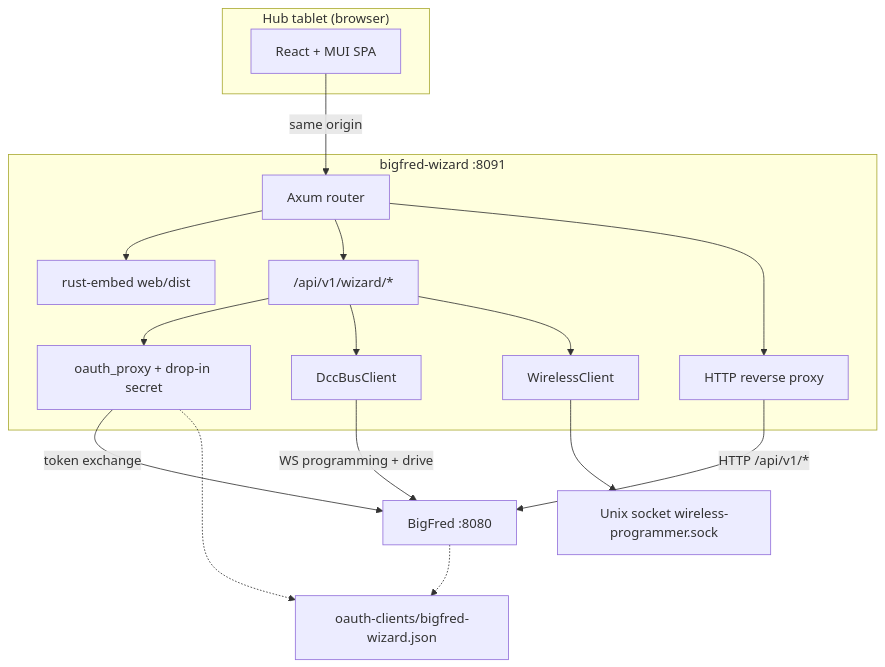
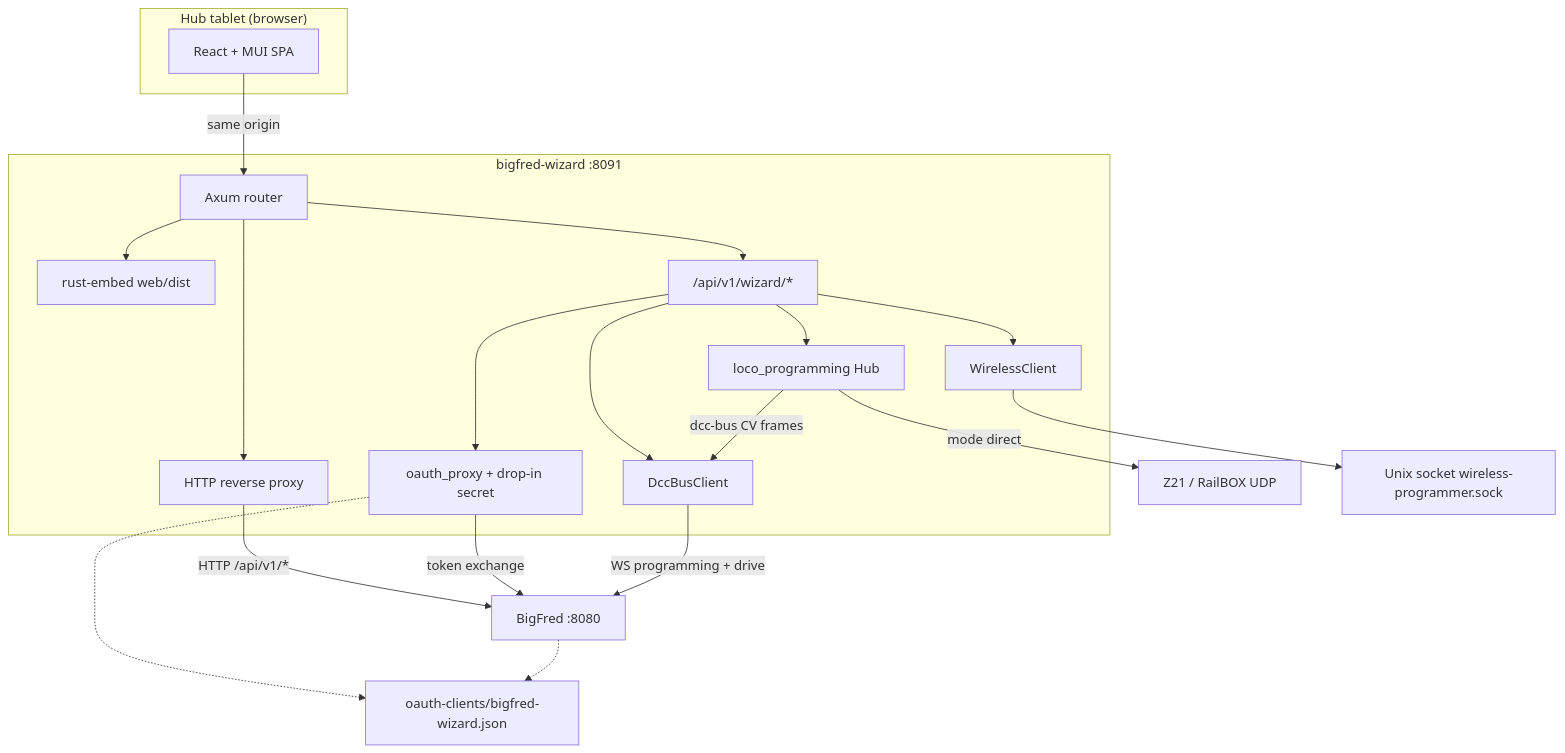
The first of 3 diagrams in ARCHITECTURE.md (dcc-bigfred/bigfred-wizard), drawn with Mermaid before and after one commit. The commit also changed other lines of this file and 7 other files, not shown here.

First line of the commit message:
refactor: unify loco CV programming behind LocoProgrammer trait

````diff
--- a/ARCHITECTURE.md
+++ b/ARCHITECTURE.md
@@ -63,31 +66,36 @@
 ```mermaid
 flowchart TB
     subgraph Tablet["Hub tablet (browser)"]
         SPA["React + MUI SPA"]
     end
     subgraph Daemon["bigfred-wizard :8091"]
         Axum["Axum router"]
         Embed["rust-embed web/dist"]
         WizardAPI["/api/v1/wizard/*"]
         Proxy["HTTP reverse proxy"]
         Dcc["DccBusClient"]
+        Loco["loco_programming Hub"]
         Wp["WirelessClient"]
         Oauth["oauth_proxy + drop-in secret"]
         Axum --> Embed
         Axum --> WizardAPI
         Axum --> Proxy
         WizardAPI --> Oauth
+        WizardAPI --> Loco
         WizardAPI --> Dcc
         WizardAPI --> Wp
     end
     BF["BigFred :8080"]
+    Z21["Z21 / RailBOX UDP"]
     Sock["Unix socket wireless-programmer.sock"]
     Dropin["oauth-clients/bigfred-wizard.json"]
     SPA -->|"same origin"| Axum
     Proxy -->|"HTTP /api/v1/*"| BF
     Oauth -->|"token exchange"| BF
+    Loco -->|"dcc-bus CV frames"| Dcc
+    Loco -->|"mode direct"| Z21
     Dcc -->|"WS programming + drive"| BF
     Wp --> Sock
     Oauth -.-> Dropin
     BF -.-> Dropin
 ```
````
